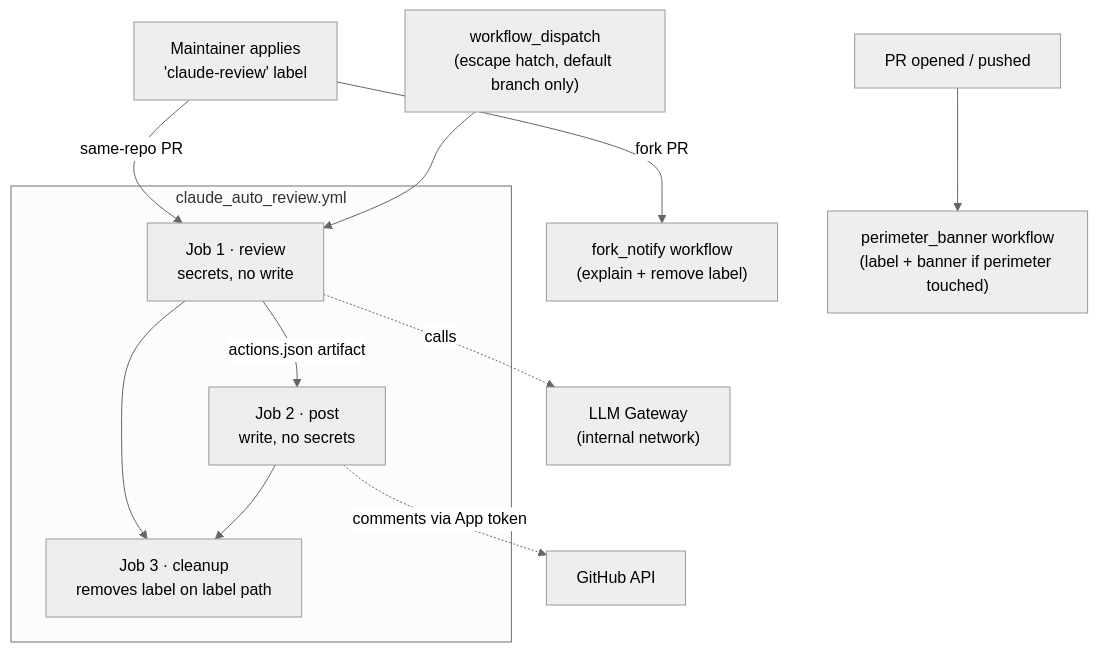
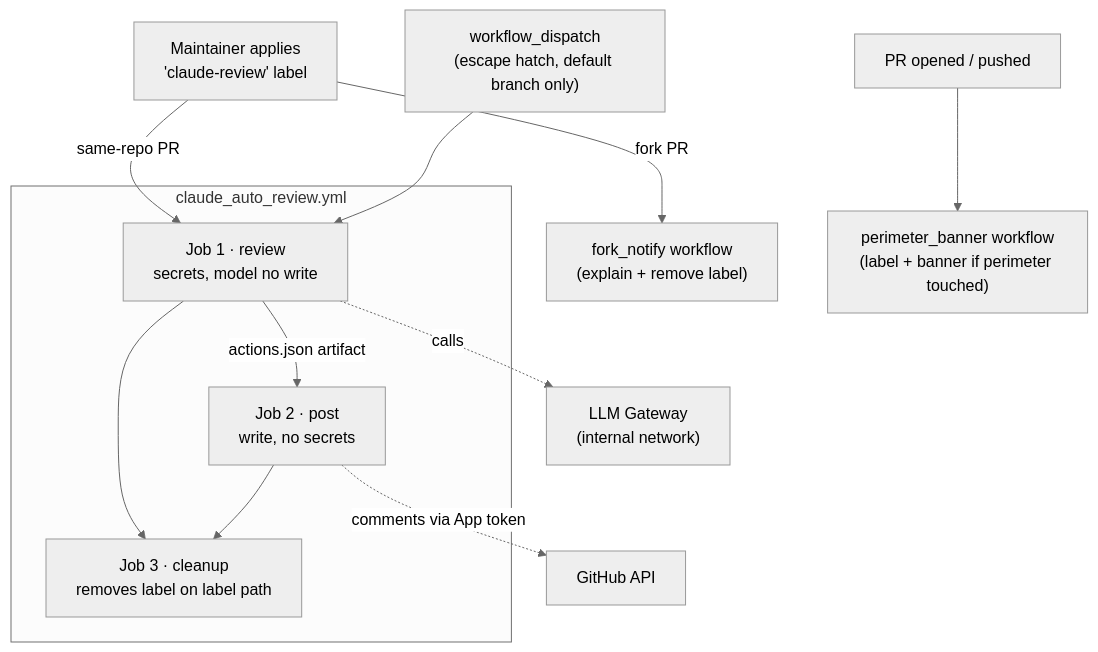
One commit to ROCm/rocMLIR changed the second of 5 diagrams in .github/workflows/CLAUDE_AUTO_REVIEW.md. Above: the diagram before and after it, drawn with Mermaid (neutral theme). The commit also changed other lines of this file, not shown here.

First line of the commit message:
[NFC] docs(claude-review): tighten dispatch-path, perimeter-banner scope, and sanitizer fence-guard accuracy

````diff
--- a/.github/workflows/CLAUDE_AUTO_REVIEW.md
+++ b/.github/workflows/CLAUDE_AUTO_REVIEW.md
@@ -156,23 +156,23 @@
 ```mermaid
 flowchart TD
     label["Maintainer applies<br/>'claude-review' label"]
     dispatch["workflow_dispatch<br/>(escape hatch, default branch only)"]
 
     label -->|same-repo PR| review
     label -->|fork PR| forknotify["fork_notify workflow<br/>(explain + remove label)"]
     dispatch --> review
 
     pr_open["PR opened / pushed"] --> banner["perimeter_banner workflow<br/>(label + banner if perimeter touched)"]
 
     subgraph main["claude_auto_review.yml"]
-        review["Job 1 · review<br/>secrets, no write"]
+        review["Job 1 · review<br/>secrets, model no write"]
         post["Job 2 · post<br/>write, no secrets"]
         cleanup["Job 3 · cleanup<br/>removes label on label path"]
         review -->|actions.json artifact| post
         review --> cleanup
         post --> cleanup
     end
 
     review -.->|calls| gateway["LLM Gateway<br/>(internal network)"]
     post -.->|comments via App token| gh["GitHub API"]
 ```
````
